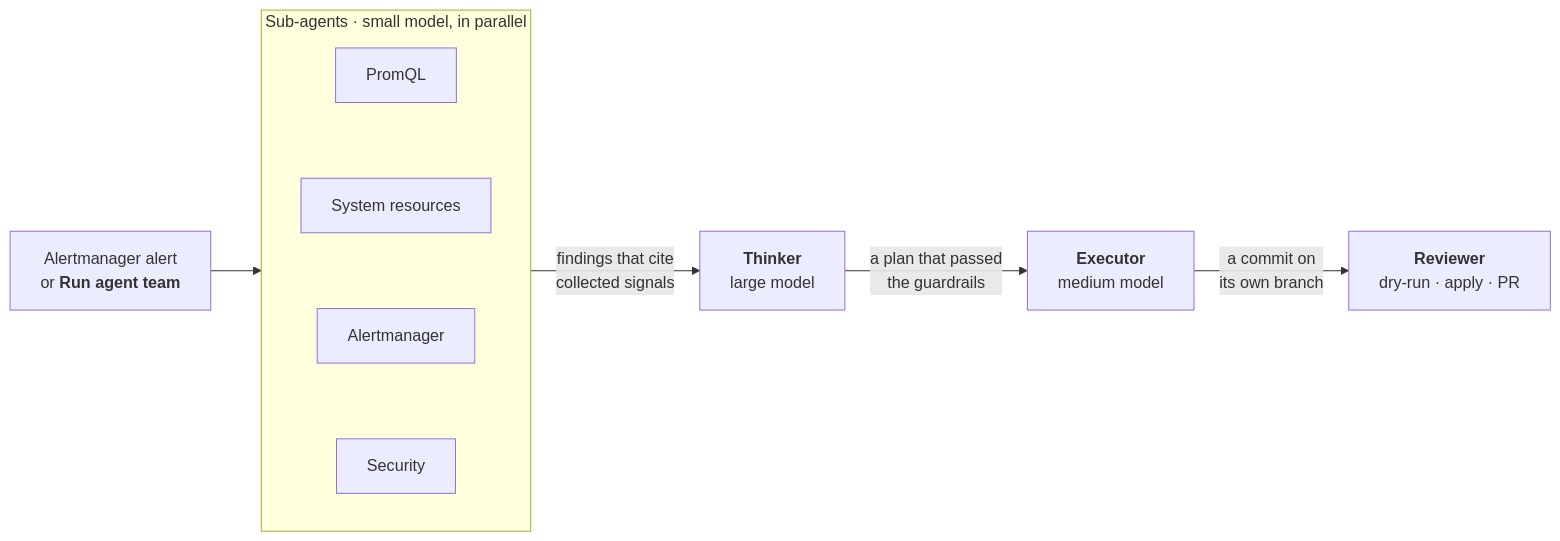
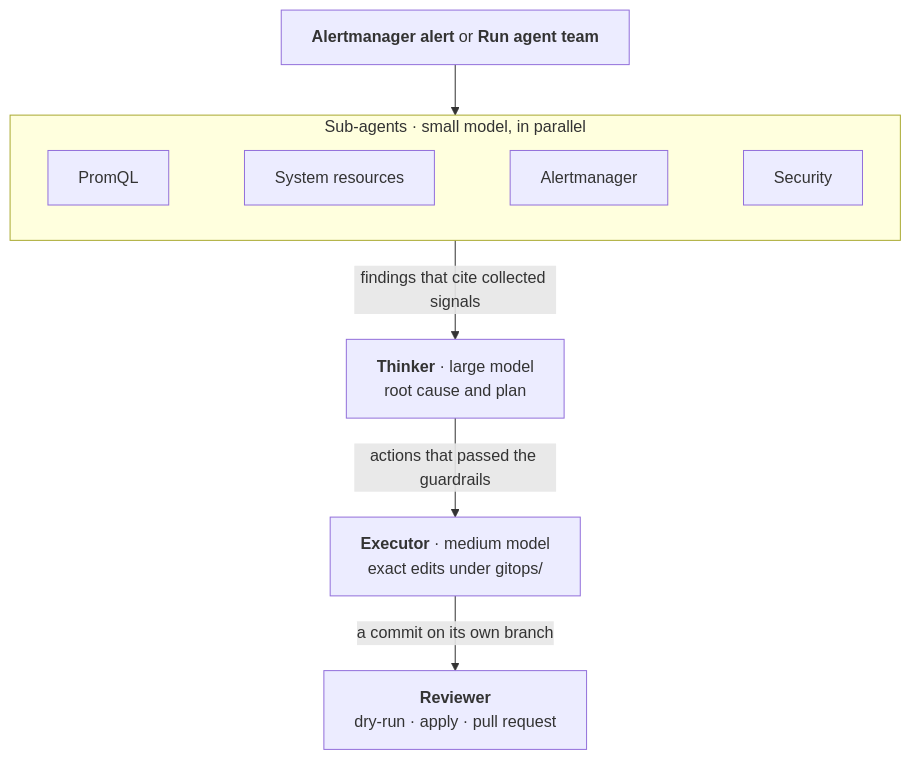
The second of 2 diagrams in README.md (manupawickramasinghe/kubesage), drawn with Mermaid before and after one commit. The commit also changed other lines of this file, not shown here.

Commit message:
README: shorter diagram labels, the agent team top to bottom

````diff
--- a/README.md
+++ b/README.md
@@ -120,11 +121,12 @@
 ```mermaid
-flowchart LR
-    A["Alertmanager alert<br/>or <b>Run agent team</b>"] --> SUB
+%%{init: {"flowchart": {"wrappingWidth": 320}}}%%
+flowchart TB
+    A["<b>Alertmanager alert</b> or <b>Run agent team</b>"] --> SUB
     subgraph SUB ["Sub-agents · small model, in parallel"]
-        direction TB
+        direction LR
         P["PromQL"] ~~~ R["System resources"] ~~~ AL["Alertmanager"] ~~~ SE["Security"]
     end
-    SUB -- "findings that cite<br/>collected signals" --> T["<b>Thinker</b><br/>large model"]
-    T -- "a plan that passed<br/>the guardrails" --> E["<b>Executor</b><br/>medium model"]
-    E -- "a commit on<br/>its own branch" --> H["<b>Reviewer</b><br/>dry-run · apply · PR"]
+    SUB -- "findings that cite collected signals" --> T["<b>Thinker</b> · large model<br/>root cause and plan"]
+    T -- "actions that passed the guardrails" --> E["<b>Executor</b> · medium model<br/>exact edits under gitops/"]
+    E -- "a commit on its own branch" --> H["<b>Reviewer</b><br/>dry-run · apply · pull request"]
 ```
````
